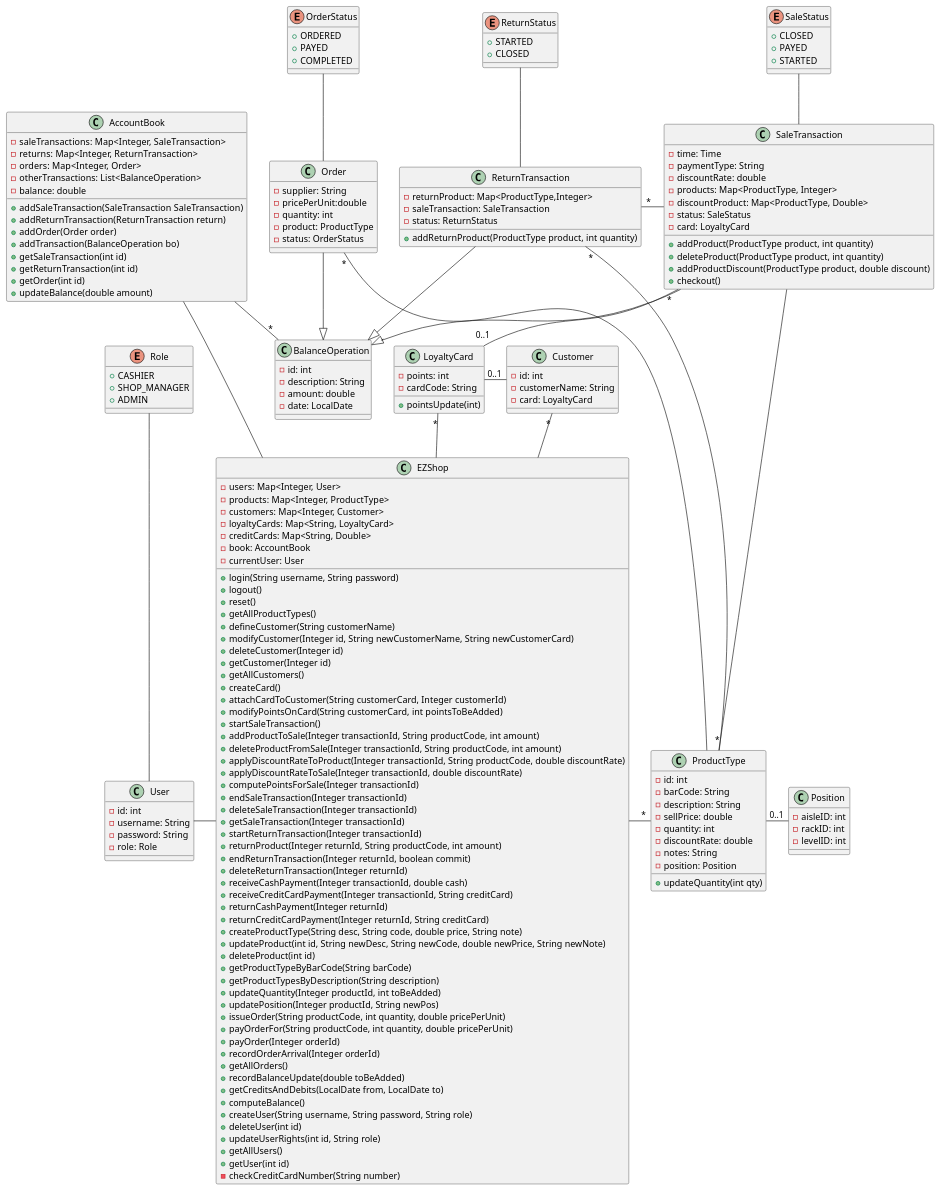
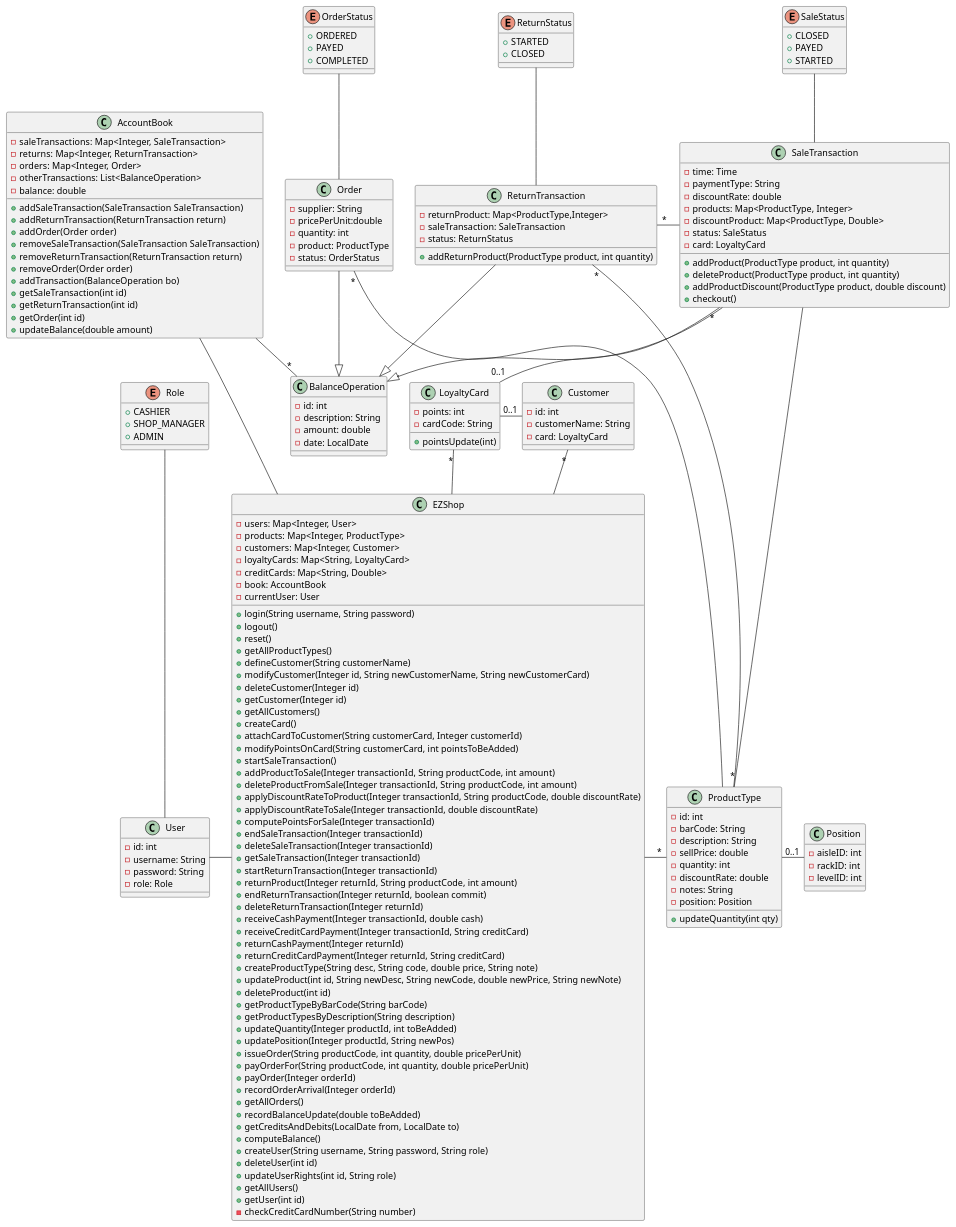
Before and after one commit to BMike10/EzShop: the second of 12 diagrams in Deliverables/DesignDocument.md, drawn with PlantUML. The commit also changed other lines of this file and 2 other files, not shown here.

```diff
--- a/Deliverables/DesignDocument.md
+++ b/Deliverables/DesignDocument.md
@@ -141,6 +131,9 @@
     + addSaleTransaction(SaleTransaction SaleTransaction)
     + addReturnTransaction(ReturnTransaction return)
     + addOrder(Order order)
+    + removeSaleTransaction(SaleTransaction SaleTransaction)
+    + removeReturnTransaction(ReturnTransaction return)
+    + removeOrder(Order order)
     + addTransaction(BalanceOperation bo)
     + getSaleTransaction(int id)
     + getReturnTransaction(int id)
@@ -155,20 +148,8 @@
  - date: LocalDate
 }
 AccountBook -- "*" BalanceOperation
-
-' class Credit 
-' class Debit
-' 
-' Credit --|> BalanceOperation
-' Debit --|> BalanceOperation
-
-'class Sale
-'class Return
 Order --|> BalanceOperation
 SaleTransaction --|> BalanceOperation
-'Order --|> Debit
-'Sale --|> Credit
-'Return --|> Debit
 
 
 class ProductType{
```
